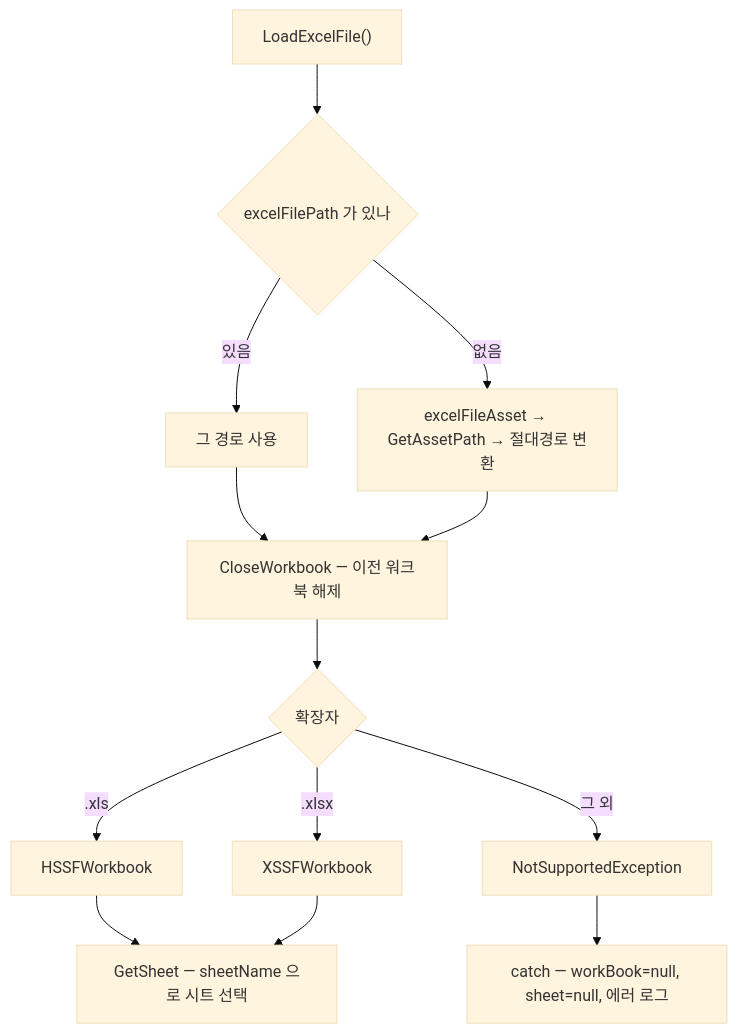
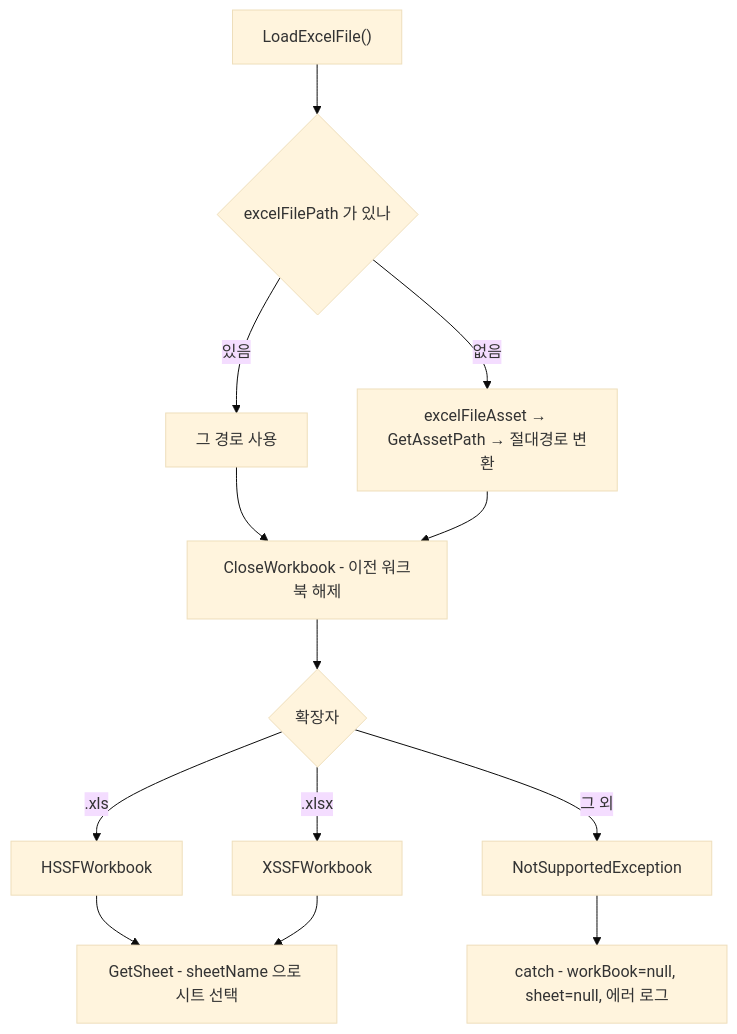
The second of 3 diagrams in HExcel/Editor/README.md (HoHong123/HCUP-Unity), drawn with Mermaid (base theme) before and after one commit. The commit also changed other lines of this file, not shown here.

````diff
--- a/HExcel/Editor/README.md
+++ b/HExcel/Editor/README.md
@@ -156,15 +154,15 @@
 ```mermaid
 flowchart TD
     A["LoadExcelFile()"] --> B{"excelFilePath 가 있나"}
     B -->|있음| C["그 경로 사용"]
     B -->|없음| D["excelFileAsset → GetAssetPath → 절대경로 변환"]
-    C --> E["CloseWorkbook — 이전 워크북 해제"]
+    C --> E["CloseWorkbook - 이전 워크북 해제"]
     D --> E
     E --> F{"확장자"}
     F -->|".xls"| G["HSSFWorkbook"]
     F -->|".xlsx"| H["XSSFWorkbook"]
     F -->|그 외| I["NotSupportedException"]
-    G --> J["GetSheet — sheetName 으로 시트 선택"]
+    G --> J["GetSheet - sheetName 으로 시트 선택"]
     H --> J
-    I --> K["catch — workBook=null, sheet=null, 에러 로그"]
+    I --> K["catch - workBook=null, sheet=null, 에러 로그"]
 ```
````
